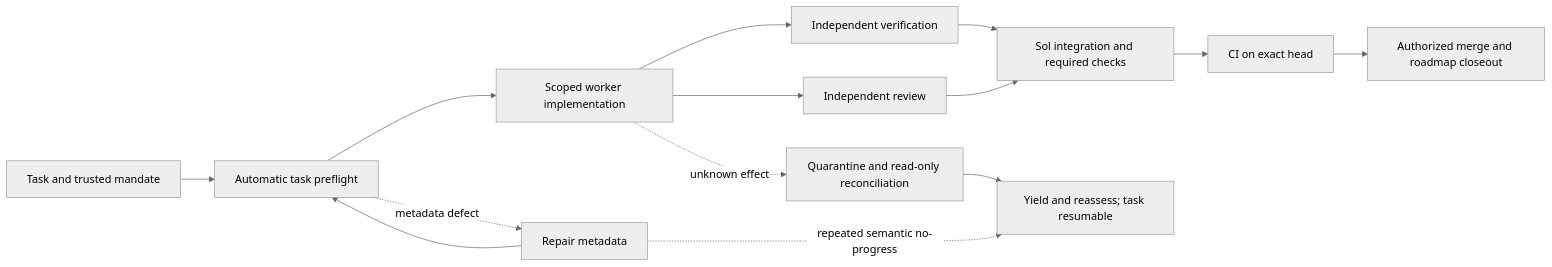
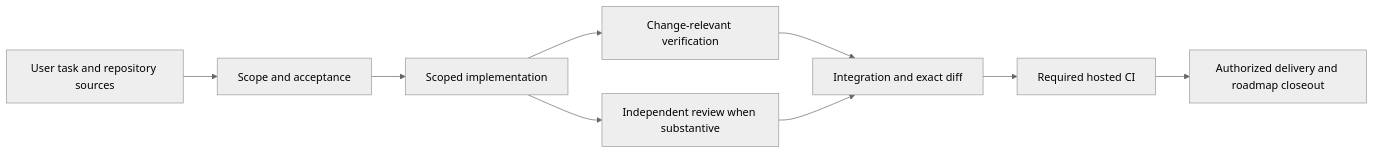
One commit to Freshair129/zuri.ai changed the diagram in .agents/team.md. Above: the diagram before and after it, drawn with Mermaid (neutral theme). The commit also changed other lines of this file and 133 other files, not shown here.

```diff
--- a/.agents/team.md
+++ b/.agents/team.md
@@ -57,16 +47,11 @@
 ~~~mermaid
 flowchart LR
-    T[Task and trusted mandate] --> P[Automatic task preflight]
-    P --> W[Scoped worker implementation]
-    W --> V[Independent verification]
-    W --> R[Independent review]
-    V --> I[Sol integration and required checks]
+    T[User task and repository sources] --> S[Scope and acceptance]
+    S --> W[Scoped implementation]
+    W --> V[Change-relevant verification]
+    W --> R[Independent review when substantive]
+    V --> I[Integration and exact diff]
     R --> I
-    I --> C[CI on exact head]
-    C --> M[Authorized merge and roadmap closeout]
-    P -. metadata defect .-> F[Repair metadata]
-    F --> P
-    F -. repeated semantic no-progress .-> Y[Yield and reassess; task resumable]
-    W -. unknown effect .-> U[Quarantine and read-only reconciliation]
-    U --> Y
+    I --> C[Required hosted CI]
+    C --> M[Authorized delivery and roadmap closeout]
 ~~~
```
